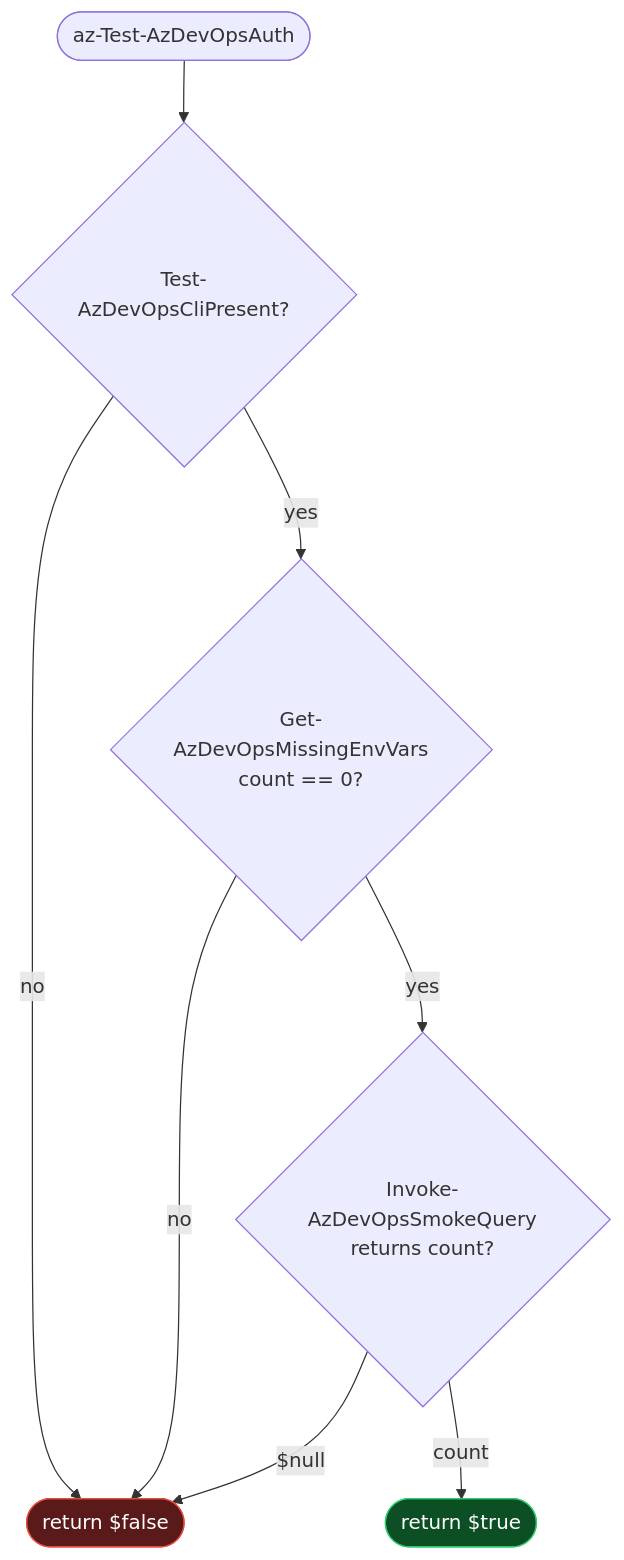
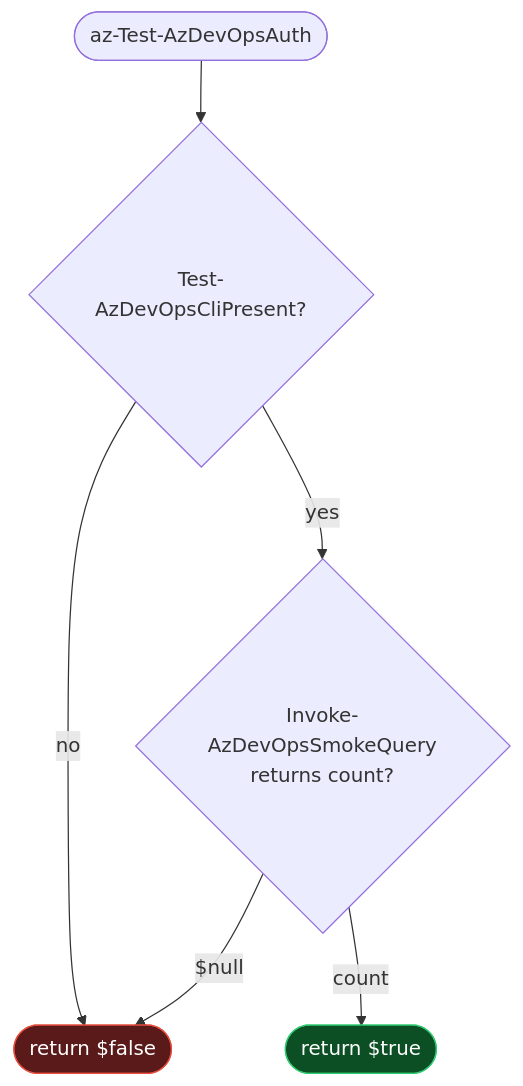
Before and after one commit to jdschleicher/bashcuts: the third of 12 diagrams in docs/azure-devops-diagrams.md, drawn with Mermaid. The commit also changed other lines of this file, not shown here.

First line of the commit message:
docs(diagrams): fix stale references from PR #82 rename/removal

````diff
--- a/docs/azure-devops-diagrams.md
+++ b/docs/azure-devops-diagrams.md
@@ -213,15 +213,13 @@
 ```mermaid
 flowchart TD
     Start([az-Test-AzDevOpsAuth]) --> A{Test-AzDevOpsCliPresent?}
     A -- no --> F([return $false])
-    A -- yes --> B{Get-AzDevOpsMissingEnvVars<br/>count == 0?}
-    B -- no --> F
-    B -- yes --> C{Invoke-AzDevOpsSmokeQuery<br/>returns count?}
+    A -- yes --> C{Invoke-AzDevOpsSmokeQuery<br/>returns count?}
     C -- $null --> F
     C -- count --> T([return $true])
 
     classDef ok fill:#0d4f24,stroke:#2ecc71,color:#fff
     classDef bad fill:#5a1a1a,stroke:#e74c3c,color:#fff
     class T ok
     class F bad
 ```
````
